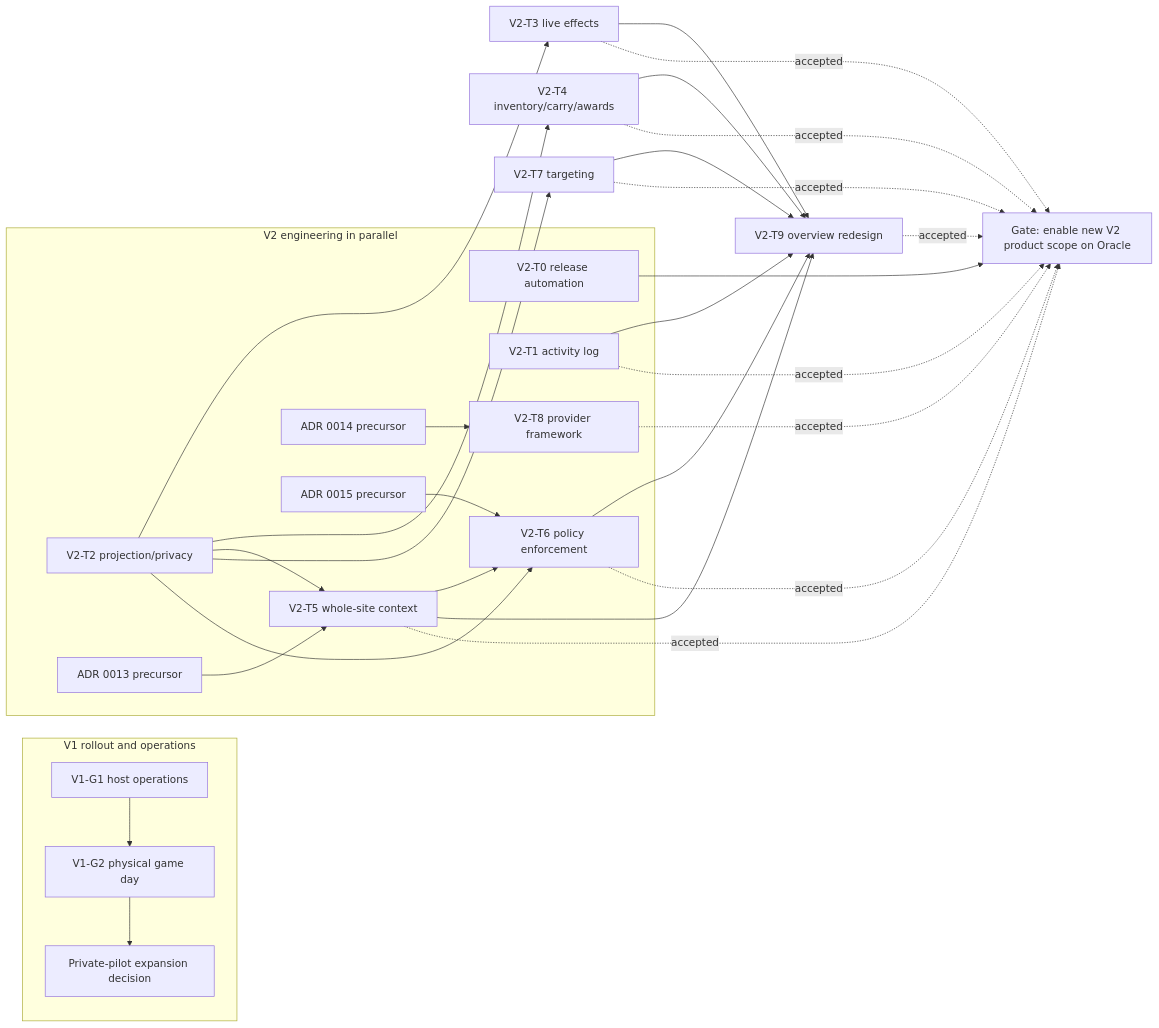
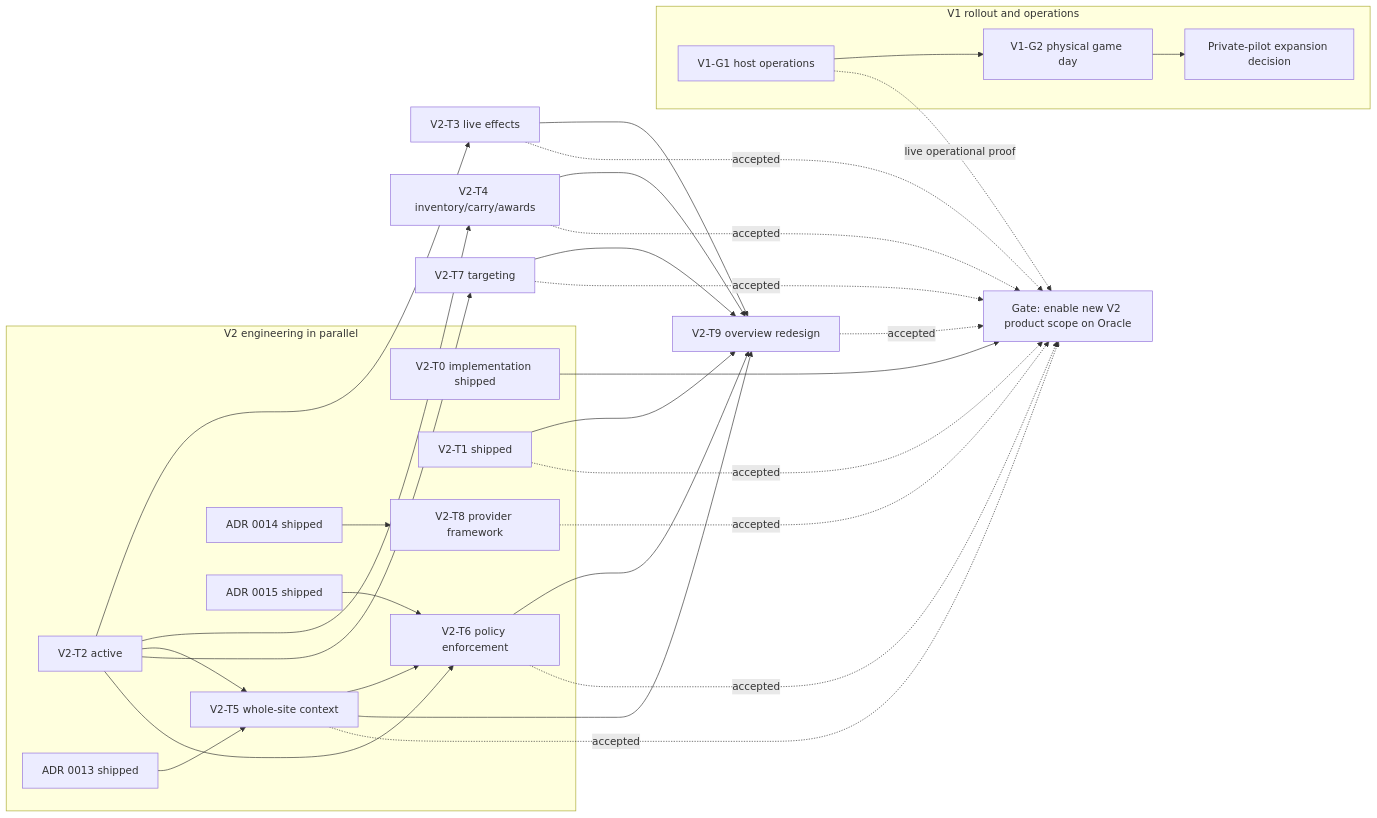
One commit to TrueMichato/ThelemarTools changed the diagram in docs/hub/roadmap.md. Above: the diagram before and after it, drawn with Mermaid. The commit also changed other lines of this file and 4 other files, not shown here.

````diff
--- a/docs/hub/roadmap.md
+++ b/docs/hub/roadmap.md
@@ -367,36 +377,37 @@
 ```mermaid
 flowchart LR
   subgraph Rollout[V1 rollout and operations]
     G1[V1-G1 host operations] --> G2[V1-G2 physical game day]
     G2 --> GO[Private-pilot expansion decision]
   end
   subgraph Engineering[V2 engineering in parallel]
-    T0[V2-T0 release automation]
-    T1[V2-T1 activity log]
-    T2[V2-T2 projection/privacy]
-    P13[ADR 0013 precursor] --> T5[V2-T5 whole-site context]
-    P14[ADR 0014 precursor] --> T8[V2-T8 provider framework]
-    P15[ADR 0015 precursor] --> T6[V2-T6 policy enforcement]
+    T0[V2-T0 implementation shipped]
+    T1[V2-T1 shipped]
+    T2[V2-T2 active]
+    P13[ADR 0013 shipped] --> T5[V2-T5 whole-site context]
+    P14[ADR 0014 shipped] --> T8[V2-T8 provider framework]
+    P15[ADR 0015 shipped] --> T6[V2-T6 policy enforcement]
   end
   T2 --> T3[V2-T3 live effects]
   T2 --> T4[V2-T4 inventory/carry/awards]
   T2 --> T5
   T2 --> T7[V2-T7 targeting]
   T5 --> T6
   T2 --> T6
   T1 --> T9[V2-T9 overview redesign]
   T3 --> T9
   T4 --> T9
   T5 --> T9
   T6 --> T9
   T7 --> T9
   T0 --> ENABLE[Gate: enable new V2 product scope on Oracle]
   T1 -. accepted .-> ENABLE
   T3 -. accepted .-> ENABLE
   T4 -. accepted .-> ENABLE
   T5 -. accepted .-> ENABLE
   T6 -. accepted .-> ENABLE
   T7 -. accepted .-> ENABLE
   T8 -. accepted .-> ENABLE
   T9 -. accepted .-> ENABLE
+  G1 -. live operational proof .-> ENABLE
 ```
````
